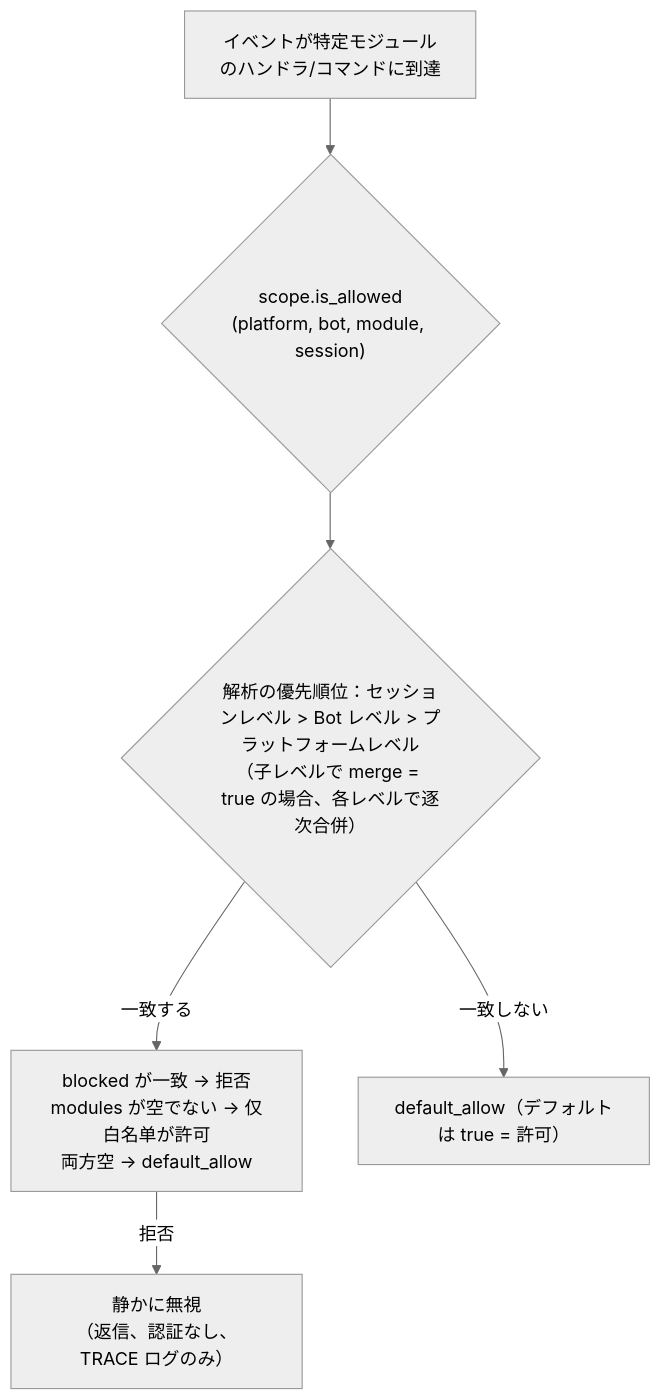
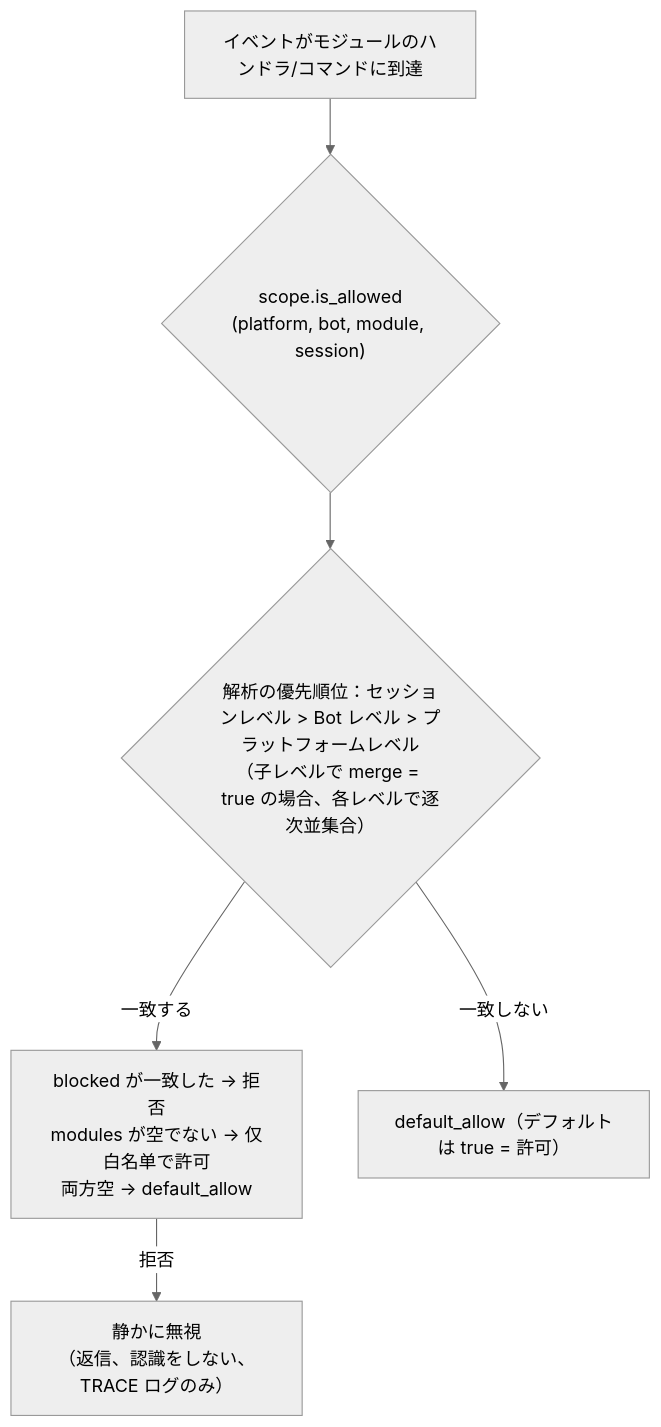
The diagram in docs/ja/advanced/scope.md (ErisPulse/ErisPulse), drawn with Mermaid (neutral theme) before and after one commit. The commit also changed other lines of this file and 622 other files, not shown here.

````diff
--- a/docs/ja/advanced/scope.md
+++ b/docs/ja/advanced/scope.md
@@ -97,8 +93,8 @@
 ```mermaid
 flowchart TD
-    A["イベントが特定モジュールのハンドラ/コマンドに到達"] --> B{"scope.is_allowed<br/>(platform, bot, module, session)"}
-    B --> C{"解析の優先順位：セッションレベル > Bot レベル > プラットフォームレベル<br/>（子レベルで merge = true の場合、各レベルで逐次合併）"}
-    C -->|"一致する"| D["blocked が一致 → 拒否<br/>modules が空でない → 仅白名单が許可<br/>両方空 → default_allow"]
+    A["イベントがモジュールのハンドラ/コマンドに到達"] --> B{"scope.is_allowed<br/>(platform, bot, module, session)"}
+    B --> C{"解析の優先順位：セッションレベル > Bot レベル > プラットフォームレベル<br/>（子レベルで merge = true の場合、各レベルで逐次並集合）"}
+    C -->|"一致する"| D["blocked が一致した → 拒否<br/>modules が空でない → 仅白名单で許可<br/>両方空 → default_allow"]
     C -->|"一致しない"| E["default_allow（デフォルトは true = 許可）"]
-    D -->|"拒否"| Z["静かに無視<br/>（返信、認証なし、TRACE ログのみ）"]
+    D -->|"拒否"| Z["静かに無視<br/>（返信、認識をしない、TRACE ログのみ）"]
 ```
````
